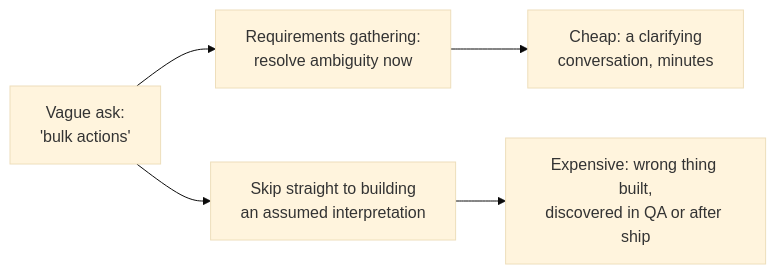
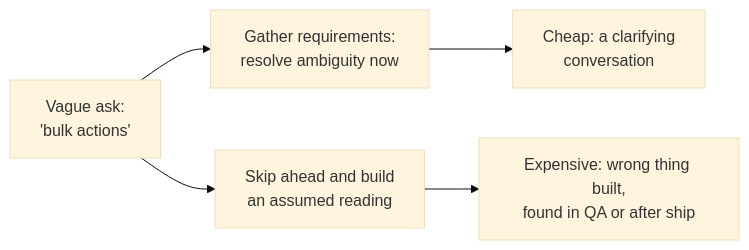
The first of 2 diagrams in src/content/product-domain/requirements-gathering/L2-concept.mdx (francoandreDev/knowledge), drawn with Mermaid (base theme) before and after one commit. The commit also changed other lines of this file and 3 other files, not shown here.

Commit message:
Migrate product-domain/requirements-gathering to the three-tier exercise model

````diff
--- a/src/content/product-domain/requirements-gathering/L2-concept.mdx
+++ b/src/content/product-domain/requirements-gathering/L2-concept.mdx
@@ -33,7 +37,7 @@
 ```mermaid
 flowchart LR
-    Vague["Vague ask:\n'bulk actions'"] --> Gather["Requirements gathering:\nresolve ambiguity now"]
-    Vague --> Skip["Skip straight to building\nan assumed interpretation"]
-    Gather --> Cheap["Cheap: a clarifying\nconversation, minutes"]
-    Skip --> Expensive["Expensive: wrong thing built,\ndiscovered in QA or after ship"]
+    Vague["Vague ask:\n'bulk actions'"] --> Gather["Gather requirements:\nresolve ambiguity now"]
+    Vague --> Skip["Skip ahead and build\nan assumed reading"]
+    Gather --> Cheap["Cheap: a clarifying\nconversation"]
+    Skip --> Expensive["Expensive: wrong thing built,\nfound in QA or after ship"]
 ```
````
